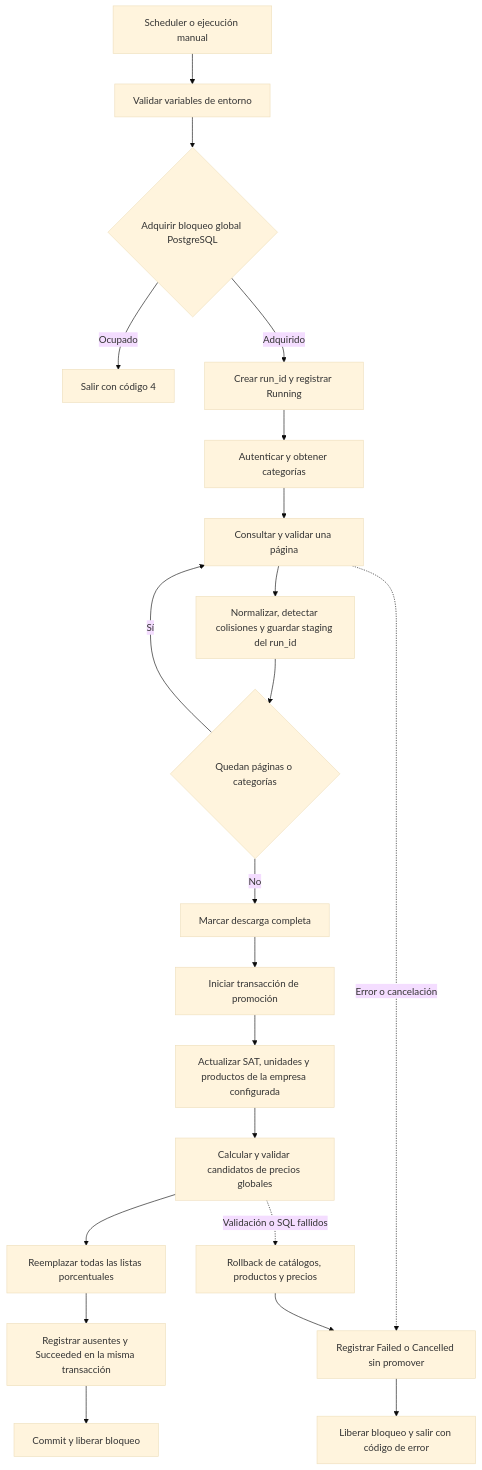
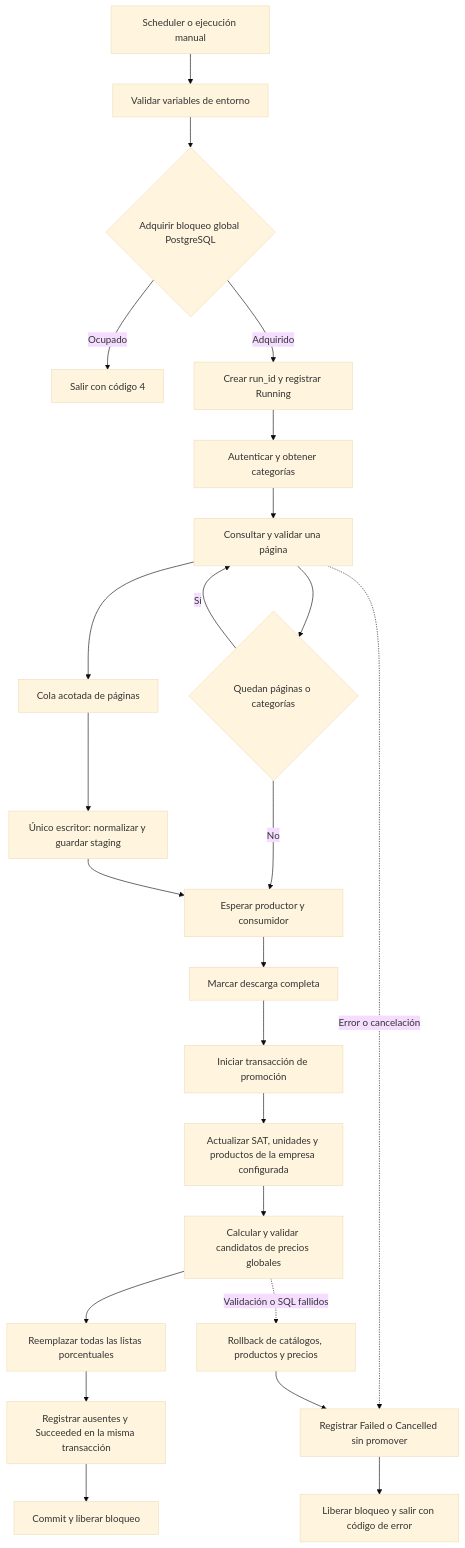
The diagram in .itia/docs/sincronizacion-syscom.md (blanks88/IDOneExtensions), drawn with Mermaid (base theme) before and after one commit. The commit also changed other lines of this file and 30 other files, not shown here.

````diff
--- a/.itia/docs/sincronizacion-syscom.md
+++ b/.itia/docs/sincronizacion-syscom.md
@@ -16,23 +16,26 @@
 ```mermaid
 flowchart TD
     A[Scheduler o ejecución manual] --> B[Validar variables de entorno]
     B --> C{Adquirir bloqueo global PostgreSQL}
     C -- Ocupado --> X[Salir con código 4]
     C -- Adquirido --> D[Crear run_id y registrar Running]
     D --> E[Autenticar y obtener categorías]
     E --> F[Consultar y validar una página]
-    F --> G[Normalizar, detectar colisiones y guardar staging del run_id]
-    G --> H{Quedan páginas o categorías}
+    F --> G[Cola acotada de páginas]
+    F --> H{Quedan páginas o categorías}
     H -- Sí --> F
-    H -- No --> I[Marcar descarga completa]
+    G --> W[Único escritor: normalizar y guardar staging]
+    H -- No --> V[Esperar productor y consumidor]
+    W --> V
+    V --> I[Marcar descarga completa]
     I --> J[Iniciar transacción de promoción]
     J --> K[Actualizar SAT, unidades y productos de la empresa configurada]
     K --> L[Calcular y validar candidatos de precios globales]
     L --> M[Reemplazar todas las listas porcentuales]
     M --> N[Registrar ausentes y Succeeded en la misma transacción]
     N --> O[Commit y liberar bloqueo]
     F -. Error o cancelación .-> P[Registrar Failed o Cancelled sin promover]
     L -. Validación o SQL fallidos .-> Q[Rollback de catálogos, productos y precios]
     Q --> P
     P --> R[Liberar bloqueo y salir con código de error]
 ```
````
